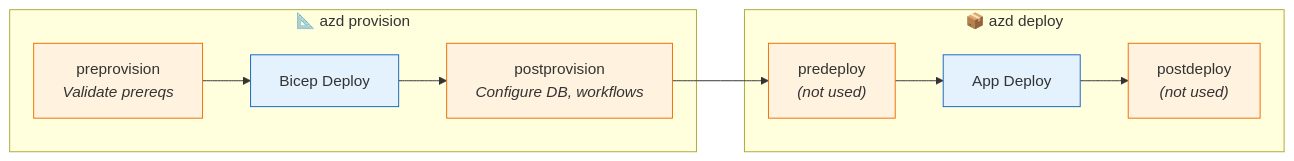
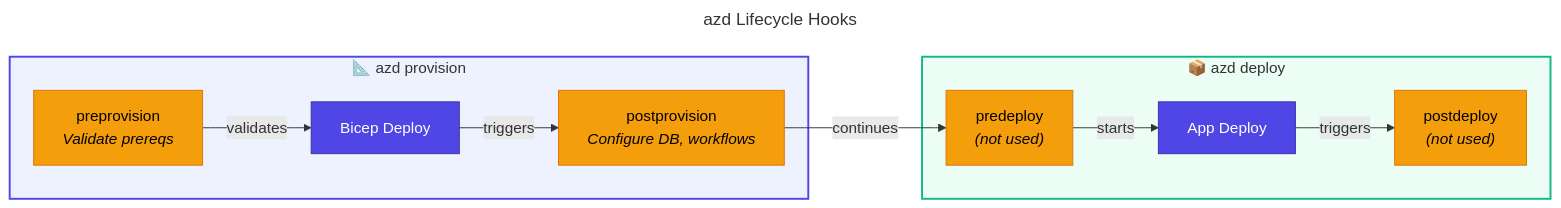
Before and after one commit to Evilazaro/Azure-LogicApps-Monitoring: the third of 5 diagrams in docs/architecture/07-deployment-architecture.md, drawn with Mermaid. The commit also changed other lines of this file, not shown here.

Commit message:
feat: Revise deployment architecture diagrams with enhanced environment configurations, connections, and visual styles

````diff
--- a/docs/architecture/07-deployment-architecture.md
+++ b/docs/architecture/07-deployment-architecture.md
@@ -207,22 +238,38 @@
 ```mermaid
+---
+title: azd Lifecycle Hooks
+---
 flowchart LR
+    %% ===== PROVISION =====
     subgraph Provision["📐 azd provision"]
         PreProv["preprovision<br/><i>Validate prereqs</i>"]
         BicepDeploy["Bicep Deploy"]
         PostProv["postprovision<br/><i>Configure DB, workflows</i>"]
     end
 
+    %% ===== DEPLOY =====
     subgraph Deploy["📦 azd deploy"]
         PreDeploy["predeploy<br/><i>(not used)</i>"]
         AppDeploy["App Deploy"]
         PostDeploy["postdeploy<br/><i>(not used)</i>"]
     end
 
-    PreProv --> BicepDeploy --> PostProv --> PreDeploy --> AppDeploy --> PostDeploy
+    %% ===== CONNECTIONS =====
+    PreProv -->|"validates"| BicepDeploy
+    BicepDeploy -->|"triggers"| PostProv
+    PostProv -->|"continues"| PreDeploy
+    PreDeploy -->|"starts"| AppDeploy
+    AppDeploy -->|"triggers"| PostDeploy
 
-    classDef hook fill:#fff3e0,stroke:#ef6c00
-    classDef deploy fill:#e3f2fd,stroke:#1565c0
+    %% ===== STYLES - NODE CLASSES =====
+    classDef trigger fill:#F59E0B,stroke:#D97706,color:#000000
+    classDef primary fill:#4F46E5,stroke:#3730A3,color:#FFFFFF
 
-    class PreProv,PostProv,PreDeploy,PostDeploy hook
-    class BicepDeploy,AppDeploy deploy
+    %% ===== CLASS ASSIGNMENTS =====
+    class PreProv,PostProv,PreDeploy,PostDeploy trigger
+    class BicepDeploy,AppDeploy primary
+
+    %% ===== SUBGRAPH STYLES =====
+    style Provision fill:#EEF2FF,stroke:#4F46E5,stroke-width:2px
+    style Deploy fill:#ECFDF5,stroke:#10B981,stroke-width:2px
 ```
````
